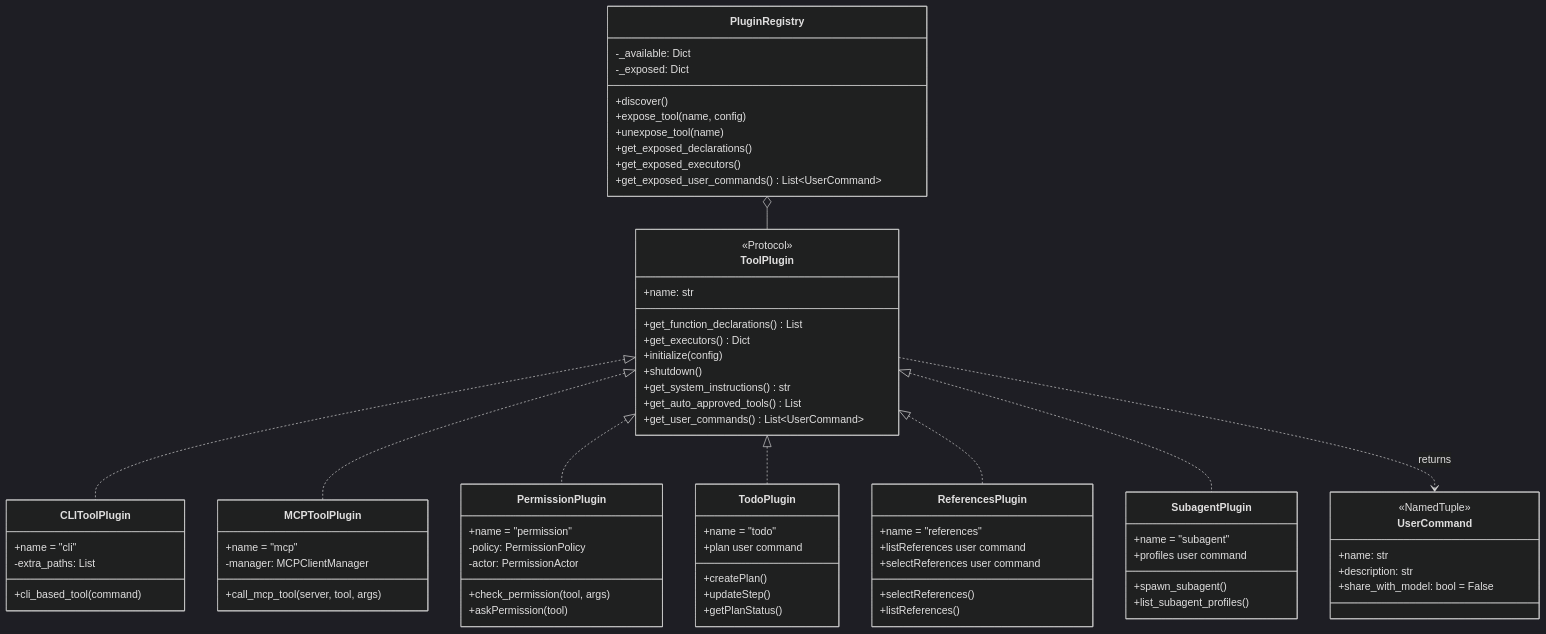
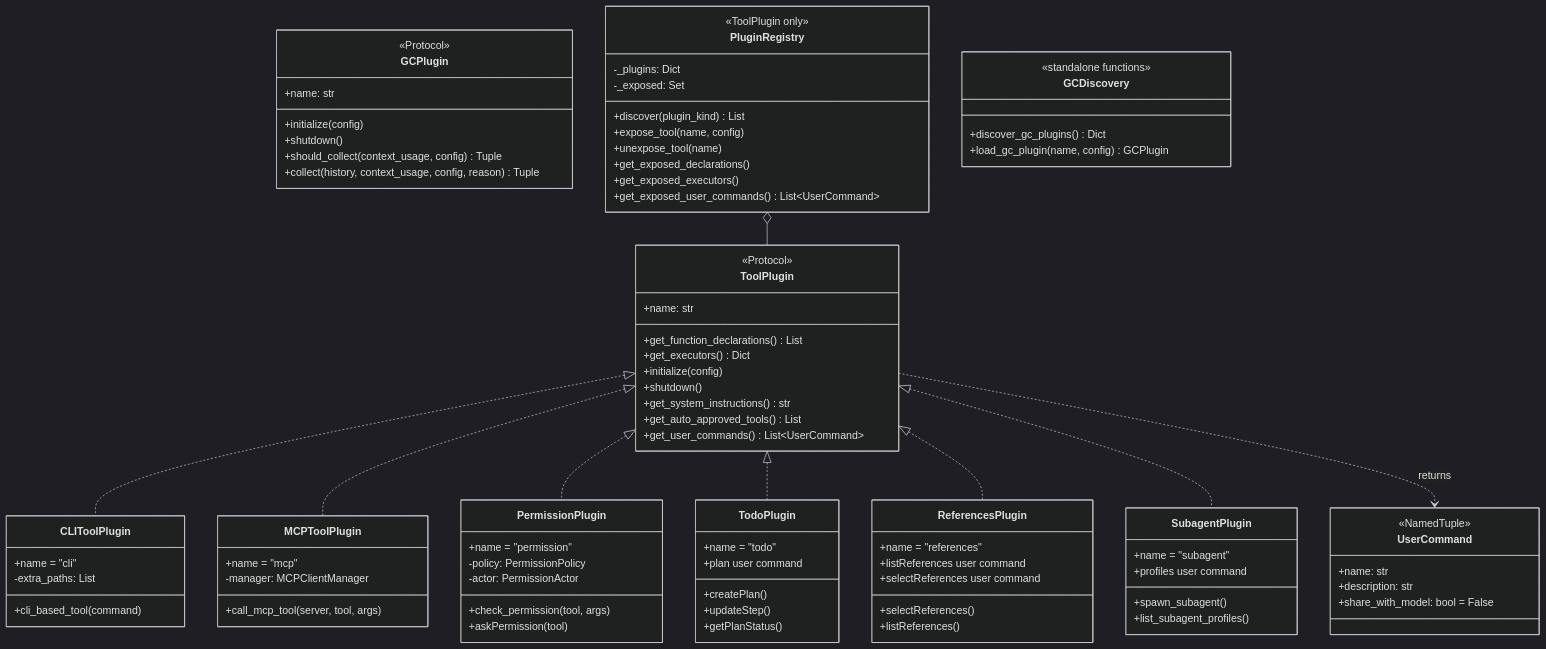
One commit to apanoia/jaato changed the third of 3 diagrams in docs/architecture.md. Above: the diagram before and after it, drawn with Mermaid (dark theme). The commit also changed other lines of this file and 11 other files, not shown here.

First line of the commit message:
feat(plugins): Add plugin kind self-identification for registry discovery

```diff
--- a/docs/architecture.md
+++ b/docs/architecture.md
@@ -157,15 +207,31 @@
         +get_user_commands() List~UserCommand~
     }
 
+    class GCPlugin {
+        <<Protocol>>
+        +name: str
+        +initialize(config)
+        +shutdown()
+        +should_collect(context_usage, config) Tuple
+        +collect(history, context_usage, config, reason) Tuple
+    }
+
     class PluginRegistry {
-        -_available: Dict
-        -_exposed: Dict
-        +discover()
+        <<ToolPlugin only>>
+        -_plugins: Dict
+        -_exposed: Set
+        +discover(plugin_kind) List
         +expose_tool(name, config)
         +unexpose_tool(name)
         +get_exposed_declarations()
         +get_exposed_executors()
         +get_exposed_user_commands() List~UserCommand~
+    }
+
+    class GCDiscovery {
+        <<standalone functions>>
+        +discover_gc_plugins() Dict
+        +load_gc_plugin(name, config) GCPlugin
     }
 
     class CLIToolPlugin {
```
